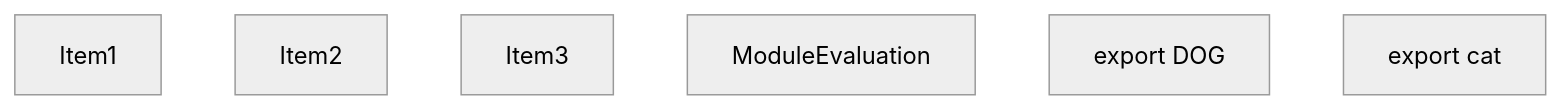
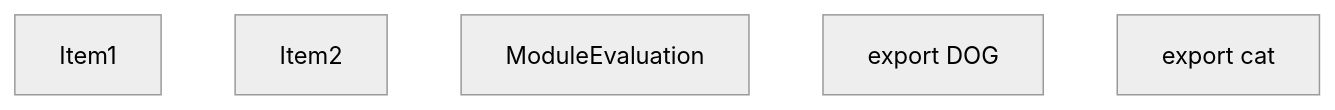
Before and after one commit to vercel/turborepo: the first of 5 diagrams in crates/turbopack-ecmascript/tests/tree-shaker/analyzer/multi-export/output.md, drawn with Mermaid (neutral theme). The commit also changed other lines of this file and 3 other files, not shown here.

````diff
--- a/crates/turbopack-ecmascript/tests/tree-shaker/analyzer/multi-export/output.md
+++ b/crates/turbopack-ecmascript/tests/tree-shaker/analyzer/multi-export/output.md
@@ -36,12 +26,11 @@
 ```mermaid
 graph TD
     Item1;
     Item2;
     Item3;
+    Item3["ModuleEvaluation"];
     Item4;
-    Item4["ModuleEvaluation"];
+    Item4["export DOG"];
     Item5;
-    Item5["export DOG"];
-    Item6;
-    Item6["export cat"];
+    Item5["export cat"];
 ```
````
